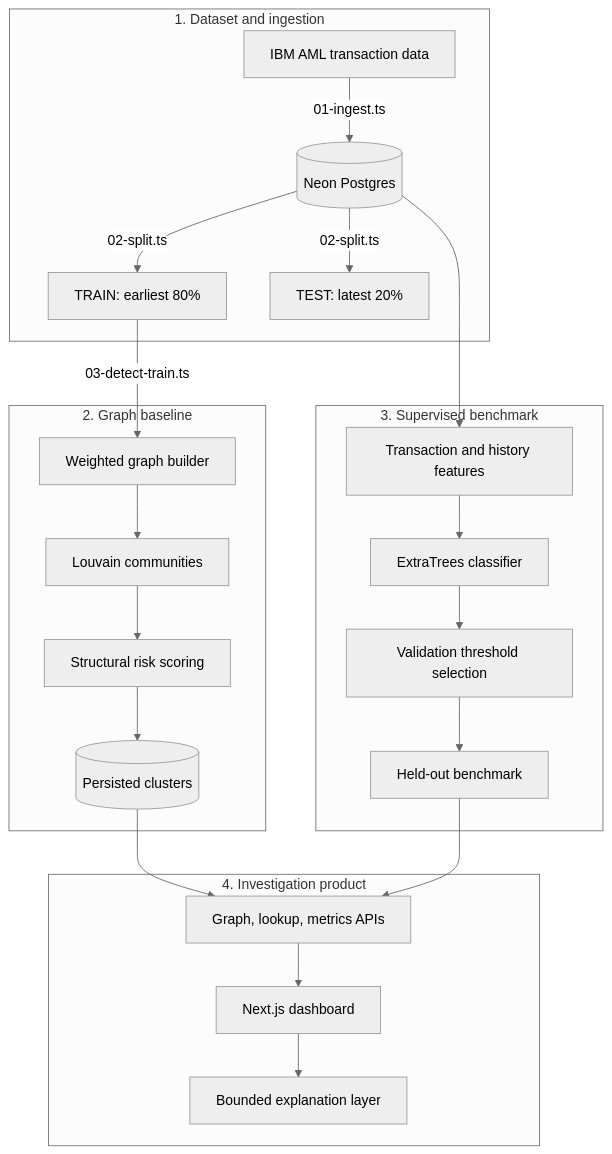
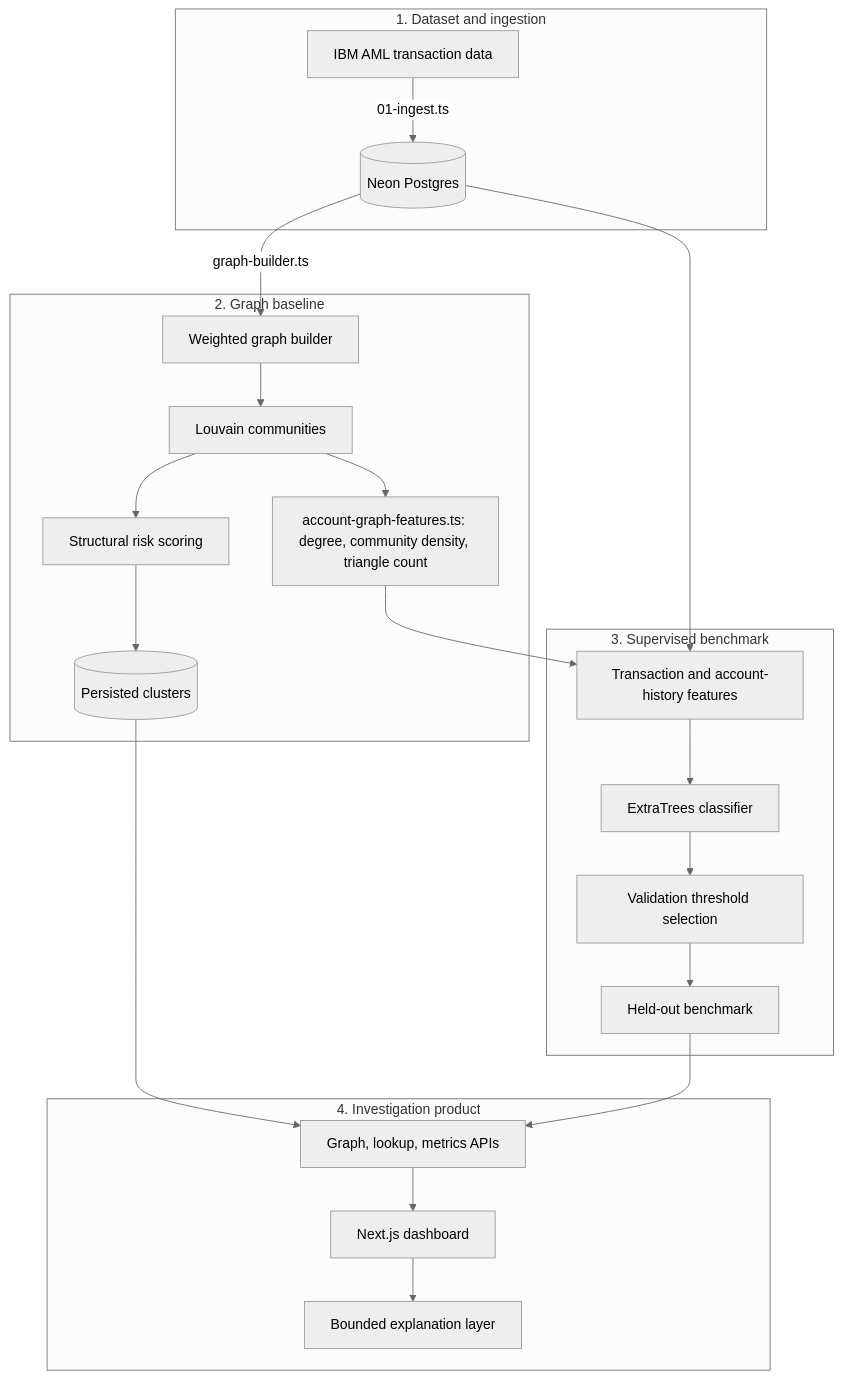
Before and after one commit to abhishekpasupathy/ringwatch: the third of 6 diagrams in README.md, drawn with Mermaid (neutral theme). The commit also changed other lines of this file and 1 other file, not shown here.

Commit message:
Revamp README and BENCHMARK.md with graph-feature model results, remove leftover merge conflict markers

````diff
--- a/README.md
+++ b/README.md
@@ -53,26 +56,26 @@
 ```mermaid
 flowchart TD
     subgraph Data_Layer["1. Dataset and ingestion"]
         IBM["IBM AML transaction data"] -->|"01-ingest.ts"| PG[("Neon Postgres")]
-        PG -->|"02-split.ts"| Train["TRAIN: earliest 80%"]
-        PG -->|"02-split.ts"| Test["TEST: latest 20%"]
     end
     subgraph Graph_Baseline["2. Graph baseline"]
-        Train -->|"03-detect-train.ts"| Builder["Weighted graph builder"]
+        PG -->|"graph-builder.ts"| Builder["Weighted graph builder"]
         Builder --> Louvain["Louvain communities"]
         Louvain --> GraphScore["Structural risk scoring"]
+        Louvain --> AccountFeatures["account-graph-features.ts: degree, community density, triangle count"]
         GraphScore --> GraphRun[("Persisted clusters")]
     end
     subgraph Supervised_Benchmark["3. Supervised benchmark"]
-        PG --> Features["Transaction and history features"]
+        PG --> Features["Transaction and account-history features"]
+        AccountFeatures --> Features
         Features --> Trees["ExtraTrees classifier"]
         Trees --> Validation["Validation threshold selection"]
         Validation --> Benchmark["Held-out benchmark"]
     end
     subgraph Product["4. Investigation product"]
         GraphRun --> API["Graph, lookup, metrics APIs"]
         Benchmark --> API
         API --> Dashboard["Next.js dashboard"]
         Dashboard --> Explain["Bounded explanation layer"]
     end
 ```
````
